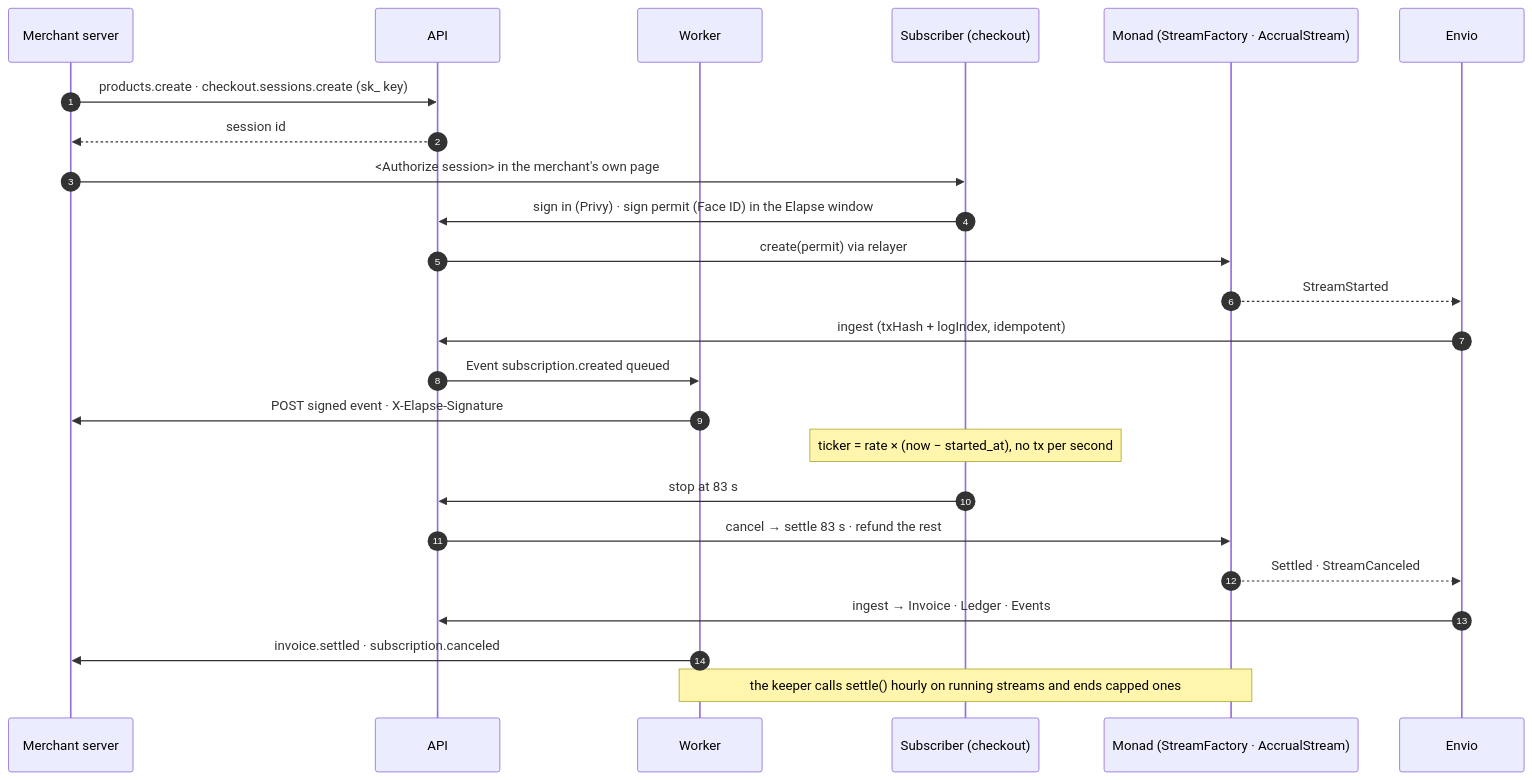
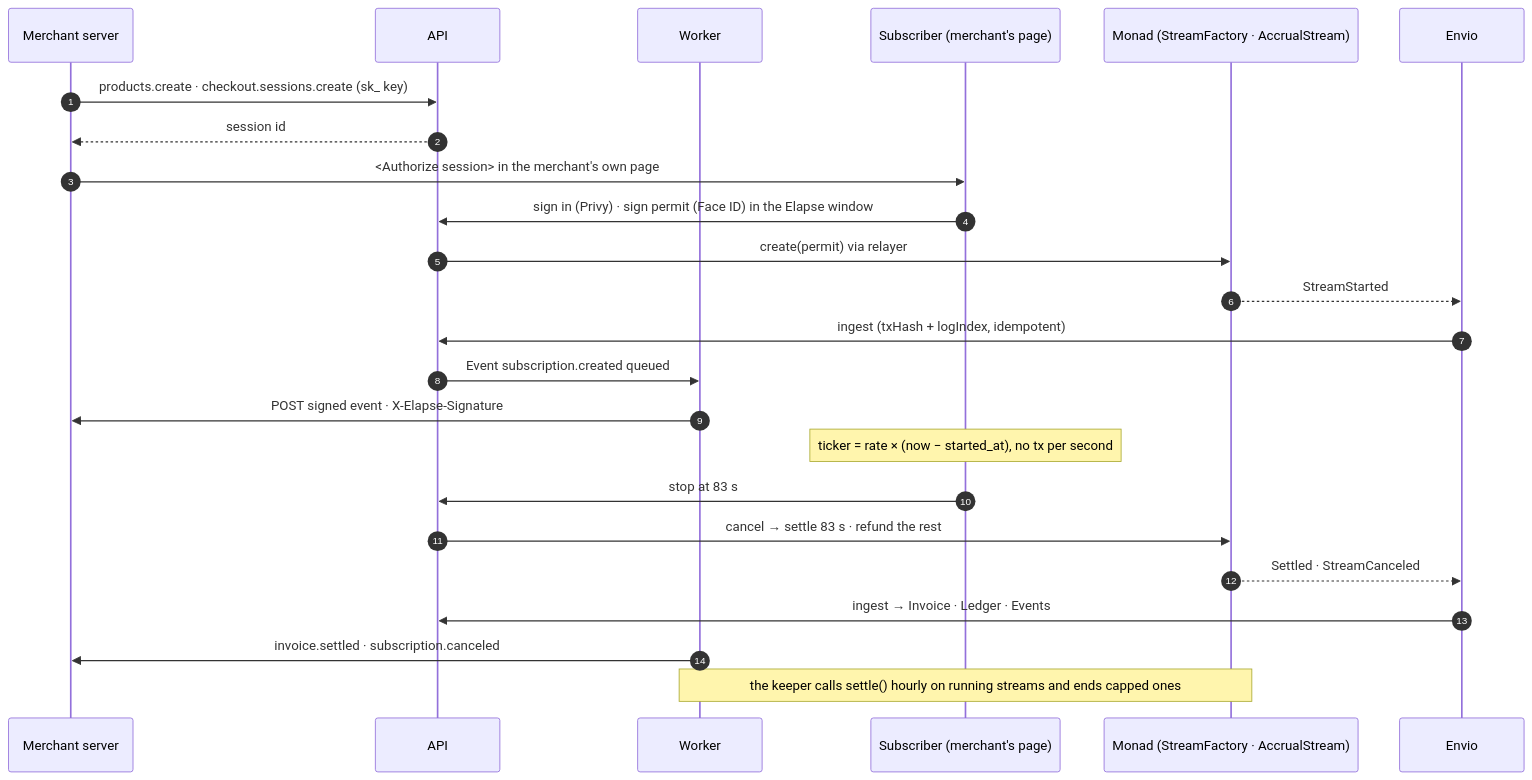
The second of 2 diagrams in README.md (furqaannabi/elapse), drawn with Mermaid before and after one commit. The commit also changed other lines of this file and 6 other files, not shown here.

````diff
--- a/README.md
+++ b/README.md
@@ -80,27 +80,27 @@
 ```mermaid
 sequenceDiagram
   autonumber
   participant M as Merchant server
   participant A as API
   participant W as Worker
-  participant S as Subscriber (checkout)
+  participant S as Subscriber (merchant's page)
   participant C as Monad (StreamFactory · AccrualStream)
   participant E as Envio
 
   M->>A: products.create · checkout.sessions.create (sk_ key)
   A-->>M: session id
   M->>S: <Authorize session> in the merchant's own page
   S->>A: sign in (Privy) · sign permit (Face ID) in the Elapse window
   A->>C: create(permit) via relayer
   C-->>E: StreamStarted
   E->>A: ingest (txHash + logIndex, idempotent)
   A->>W: Event subscription.created queued
   W->>M: POST signed event · X-Elapse-Signature
   Note over S: ticker = rate × (now − started_at), no tx per second
   S->>A: stop at 83 s
   A->>C: cancel → settle 83 s · refund the rest
   C-->>E: Settled · StreamCanceled
   E->>A: ingest → Invoice · Ledger · Events
   W->>M: invoice.settled · subscription.canceled
   Note over W,C: the keeper calls settle() hourly on running streams and ends capped ones
 ```
````
